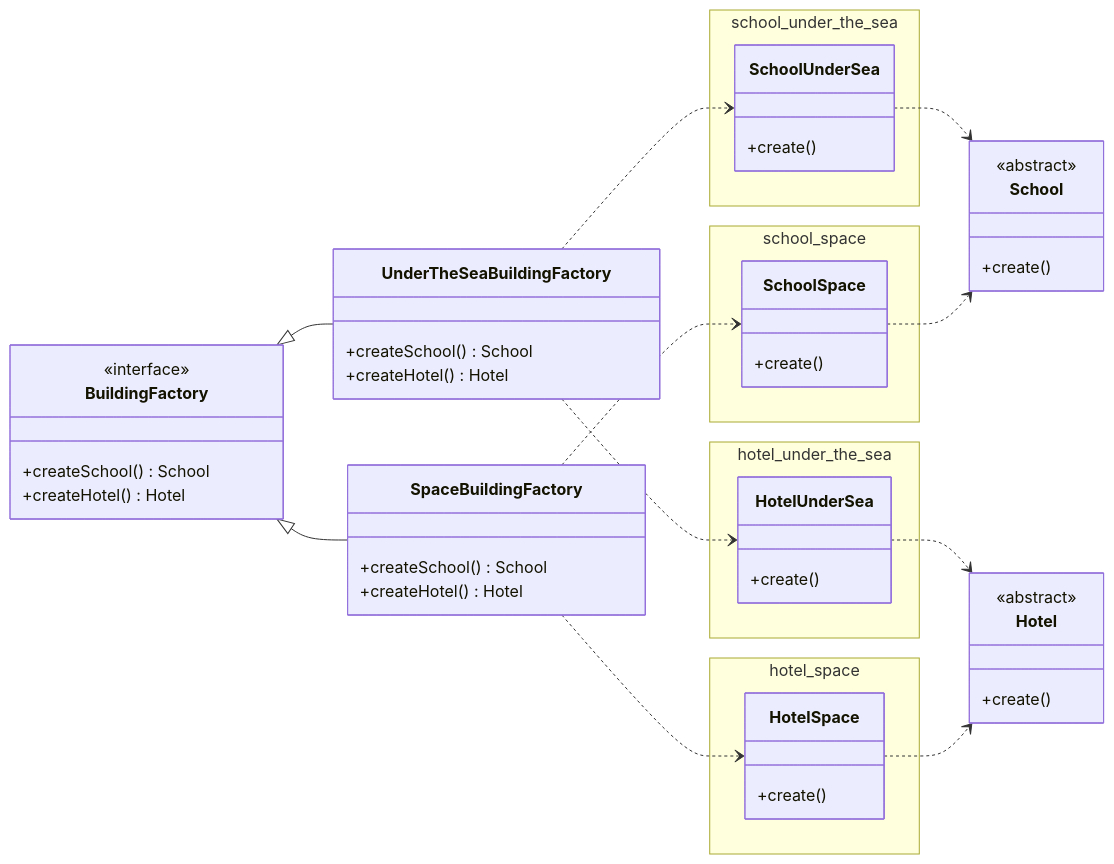
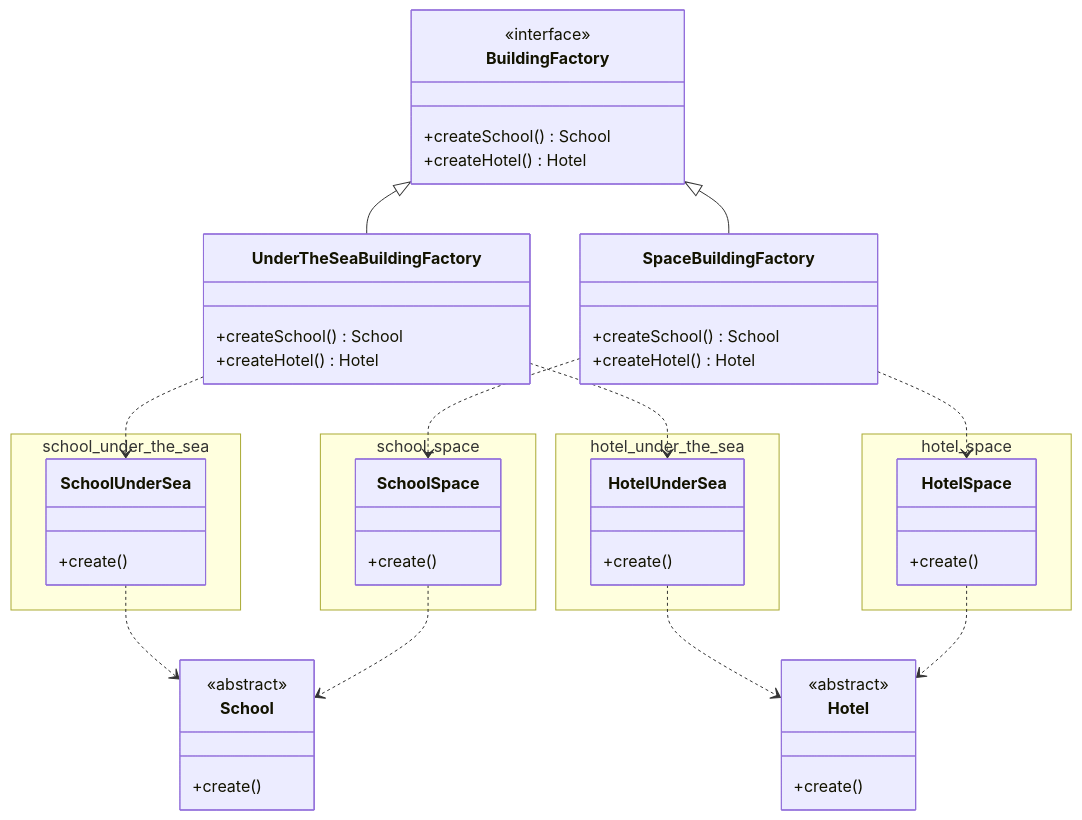
The diagram in Design_Pattern/docs/creational/design/table/abstract_factory_diagram.md (TaiChi112/Documents), drawn with Mermaid before and after one commit.

Commit message:
docs: update direction in abstract factory class diagram from LR to TD

````diff
--- a/Design_Pattern/docs/creational/design/table/abstract_factory_diagram.md
+++ b/Design_Pattern/docs/creational/design/table/abstract_factory_diagram.md
@@ -1,62 +1,62 @@
 ```mermaid
 classDiagram
-    direction LR
+    direction TD
 
     class School{
         <<abstract>>
         +create()
     }
     class Hotel{
         <<abstract>>
         +create()
     }
    
     namespace school_under_the_sea{
         class SchoolUnderSea{
             +create()
         }
     }
     namespace hotel_under_the_sea{
         class HotelUnderSea{
             +create()
         }
     }
     namespace school_space{
         class SchoolSpace{
             +create()
         }
     }
     namespace hotel_space{
         class HotelSpace{
             +create()
         }
     }
     
     SchoolUnderSea ..> School
     SchoolSpace ..> School
     HotelUnderSea ..> Hotel
     HotelSpace ..> Hotel
 
     class BuildingFactory{
         <<interface>>
         +createSchool() School
         +createHotel() Hotel
     }
     
     class UnderTheSeaBuildingFactory{
         +createSchool() School
         +createHotel() Hotel
     }
     class SpaceBuildingFactory{
         +createSchool() School
         +createHotel() Hotel
     }
     
     BuildingFactory <|-- UnderTheSeaBuildingFactory
     BuildingFactory <|-- SpaceBuildingFactory
     
     UnderTheSeaBuildingFactory ..> SchoolUnderSea
     UnderTheSeaBuildingFactory ..> HotelUnderSea
     SpaceBuildingFactory ..> SchoolSpace
     SpaceBuildingFactory ..> HotelSpace
 ```
````
